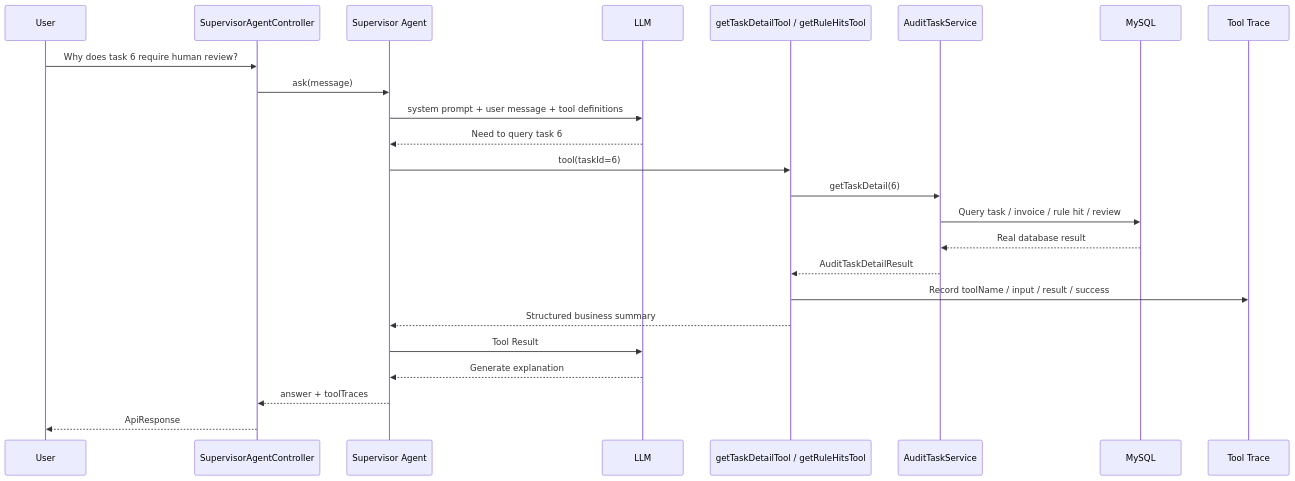
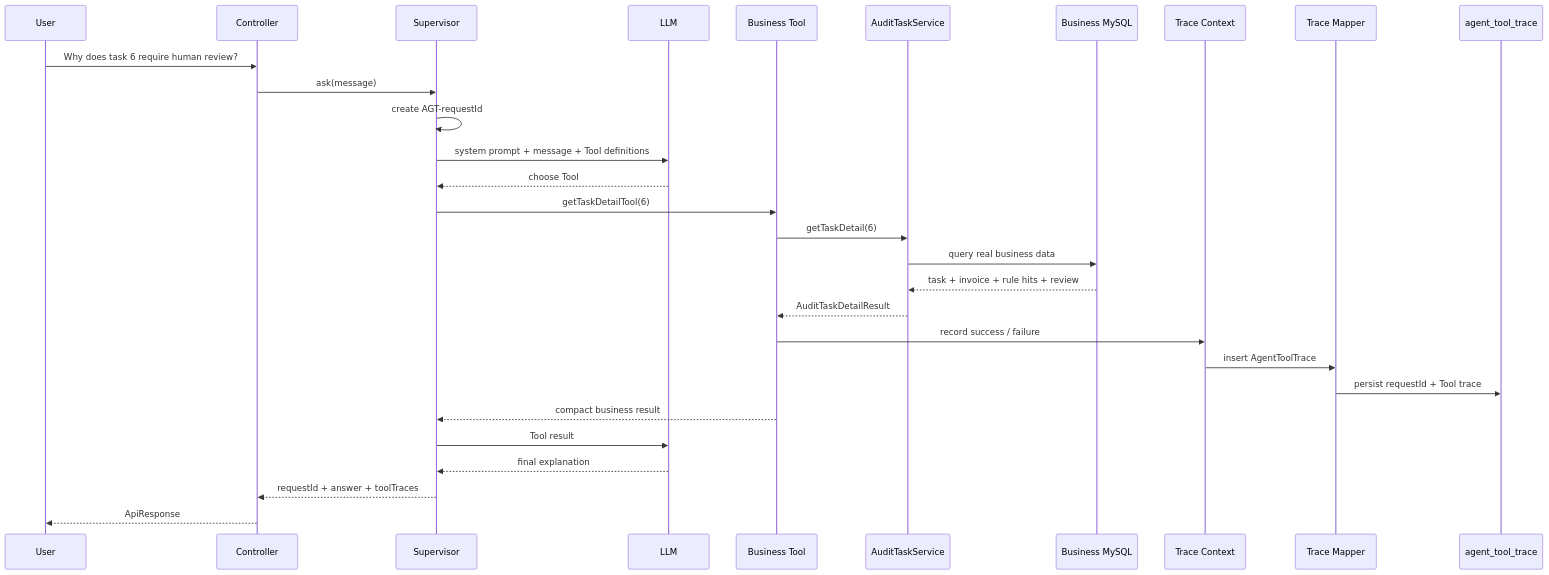
Before and after one commit to Chuan1130/invoice-agent-system: the fourth of 5 diagrams in README.md, drawn with Mermaid. The commit also changed other lines of this file, not shown here.

Commit message:
docs: update request trace persistence progress

````diff
--- a/README.md
+++ b/README.md
@@ -214,27 +236,32 @@
 ```mermaid
 sequenceDiagram
     participant U as User
-    participant C as SupervisorAgentController
-    participant S as Supervisor Agent
+    participant C as Controller
+    participant S as Supervisor
     participant L as LLM
-    participant T as getTaskDetailTool / getRuleHitsTool
+    participant T as Business Tool
     participant BS as AuditTaskService
-    participant DB as MySQL
-    participant TR as Tool Trace
+    participant DB as Business MySQL
+    participant TC as Trace Context
+    participant TM as Trace Mapper
+    participant TD as agent_tool_trace
 
     U->>C: Why does task 6 require human review?
     C->>S: ask(message)
-    S->>L: system prompt + user message + tool definitions
-    L-->>S: Need to query task 6
-    S->>T: tool(taskId=6)
+    S->>S: create AGT-requestId
+    S->>L: system prompt + message + Tool definitions
+    L-->>S: choose Tool
+    S->>T: getTaskDetailTool(6)
     T->>BS: getTaskDetail(6)
-    BS->>DB: Query task / invoice / rule hit / review
-    DB-->>BS: Real database result
+    BS->>DB: query real business data
+    DB-->>BS: task + invoice + rule hits + review
     BS-->>T: AuditTaskDetailResult
-    T->>TR: Record toolName / input / result / success
-    T-->>S: Structured business summary
-    S->>L: Tool Result
-    L-->>S: Generate explanation
-    S-->>C: answer + toolTraces
+    T->>TC: record success / failure
+    TC->>TM: insert AgentToolTrace
+    TM->>TD: persist requestId + Tool trace
+    T-->>S: compact business result
+    S->>L: Tool result
+    L-->>S: final explanation
+    S-->>C: requestId + answer + toolTraces
     C-->>U: ApiResponse
 ```
````
